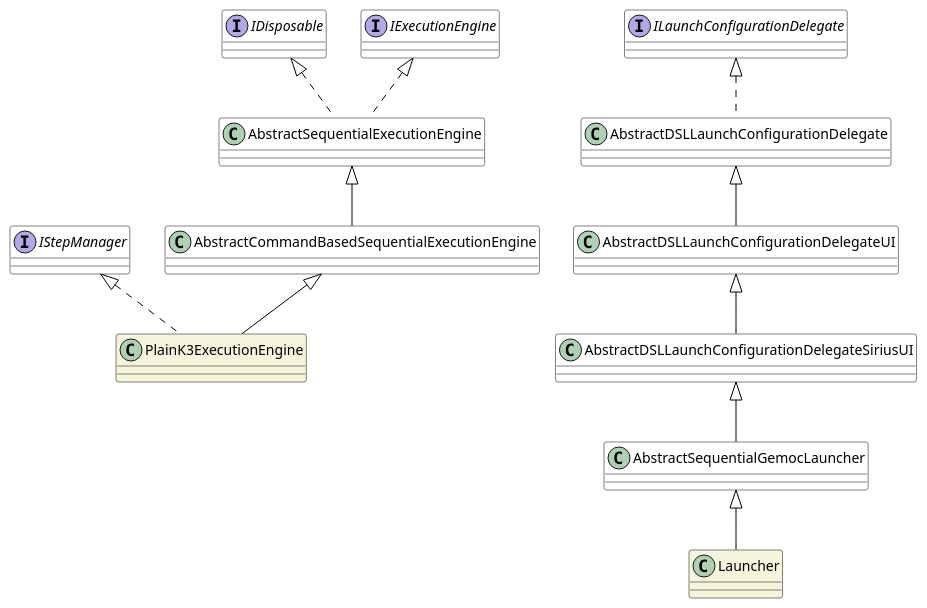
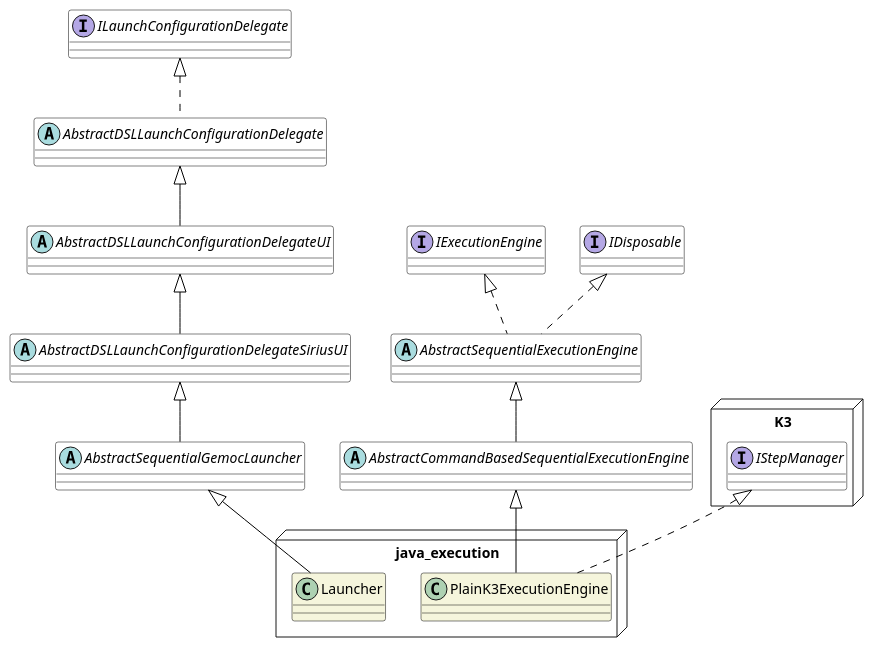
The diagram in framework/execution_framework/docs/dev/images/dev/ExecutionEngine_overview_CD.plantuml (eclipse-gemoc/gemoc-studio-modeldebugging), drawn with PlantUML before and after one commit. The commit also changed 1 other file, not shown here.

Commit message:
clarified gemoc framework diagrams

```diff
--- a/framework/execution_framework/docs/dev/images/dev/ExecutionEngine_overview_CD.plantuml
+++ b/framework/execution_framework/docs/dev/images/dev/ExecutionEngine_overview_CD.plantuml
@@ -1,35 +1,46 @@
 @startuml
 skinparam class {
 	BackgroundColor White
 	ArrowColor Black
 	BorderColor Black
 }
 
 scale max 1024 width
 scale max 800 height
 
-class PlainK3ExecutionEngine #beige {
-}  
+package java_execution <<Node>> {
+	class PlainK3ExecutionEngine #beige {
+	}  
+	
+	class Launcher #beige {
+	}  
+}
 
-
-class Launcher #beige {
-}  
+package K3 <<Node>> {
+	interface IStepManager
+}
 
 interface IDisposable
 interface IExecutionEngine
-interface IStepManager
 interface ILaunchConfigurationDelegate
+
+abstract class AbstractSequentialExecutionEngine
+abstract class AbstractCommandBasedSequentialExecutionEngine
+abstract class AbstractDSLLaunchConfigurationDelegate
+abstract class AbstractDSLLaunchConfigurationDelegateUI
+abstract class AbstractDSLLaunchConfigurationDelegateSiriusUI
+abstract class AbstractSequentialGemocLauncher
 
 IDisposable <|.. AbstractSequentialExecutionEngine 
 IExecutionEngine <|.. AbstractSequentialExecutionEngine 
 AbstractSequentialExecutionEngine <|-- AbstractCommandBasedSequentialExecutionEngine
 AbstractCommandBasedSequentialExecutionEngine <|-- PlainK3ExecutionEngine
 IStepManager <|.. PlainK3ExecutionEngine
 
 ILaunchConfigurationDelegate <|.. AbstractDSLLaunchConfigurationDelegate
 AbstractDSLLaunchConfigurationDelegate <|-- AbstractDSLLaunchConfigurationDelegateUI 
 AbstractDSLLaunchConfigurationDelegateUI <|-- AbstractDSLLaunchConfigurationDelegateSiriusUI
 AbstractDSLLaunchConfigurationDelegateSiriusUI <|-- AbstractSequentialGemocLauncher
 AbstractSequentialGemocLauncher <|-- Launcher
 
 @enduml
```
